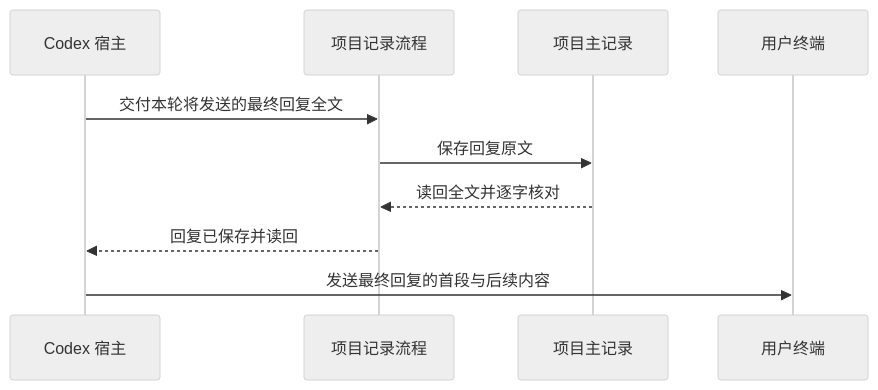
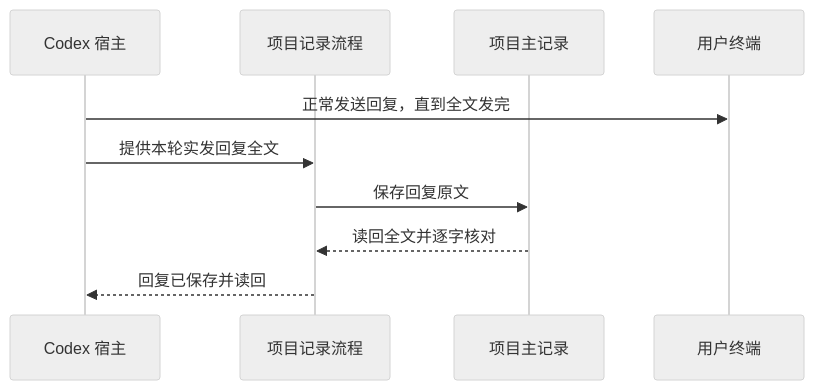
Before and after one commit to Ena-Heleneto/agent-foundry: the third of 6 diagrams in specs/skills/002-conversation-to-skill/diagrams.md, drawn with Mermaid (neutral theme). The commit also changed other lines of this file and 56 other files, not shown here.

````diff
--- a/specs/skills/002-conversation-to-skill/diagrams.md
+++ b/specs/skills/002-conversation-to-skill/diagrams.md
@@ -46,12 +46,12 @@
 ```mermaid
 sequenceDiagram
     participant Host as Codex 宿主
     participant Recorder as 项目记录流程
     participant File as 项目主记录
     participant Terminal as 用户终端
-    Host->>Recorder: 交付本轮将发送的最终回复全文
+    Host->>Terminal: 正常发送回复，直到全文发完
+    Host->>Recorder: 提供本轮实发回复全文
     Recorder->>File: 保存回复原文
     File-->>Recorder: 读回全文并逐字核对
     Recorder-->>Host: 回复已保存并读回
-    Host->>Terminal: 发送最终回复的首段与后续内容
 ```
````
